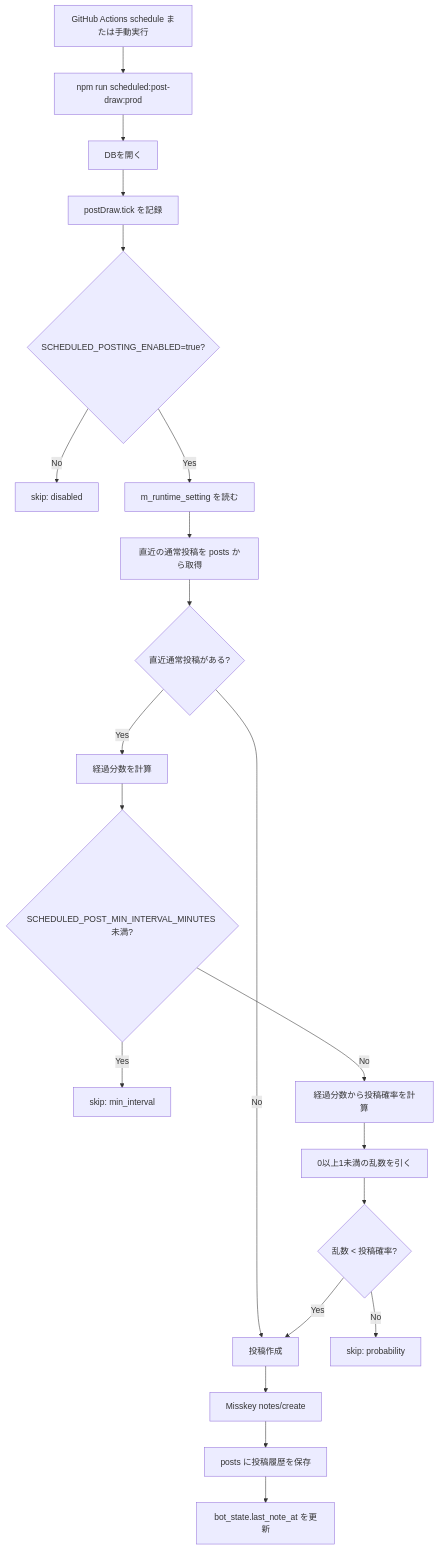
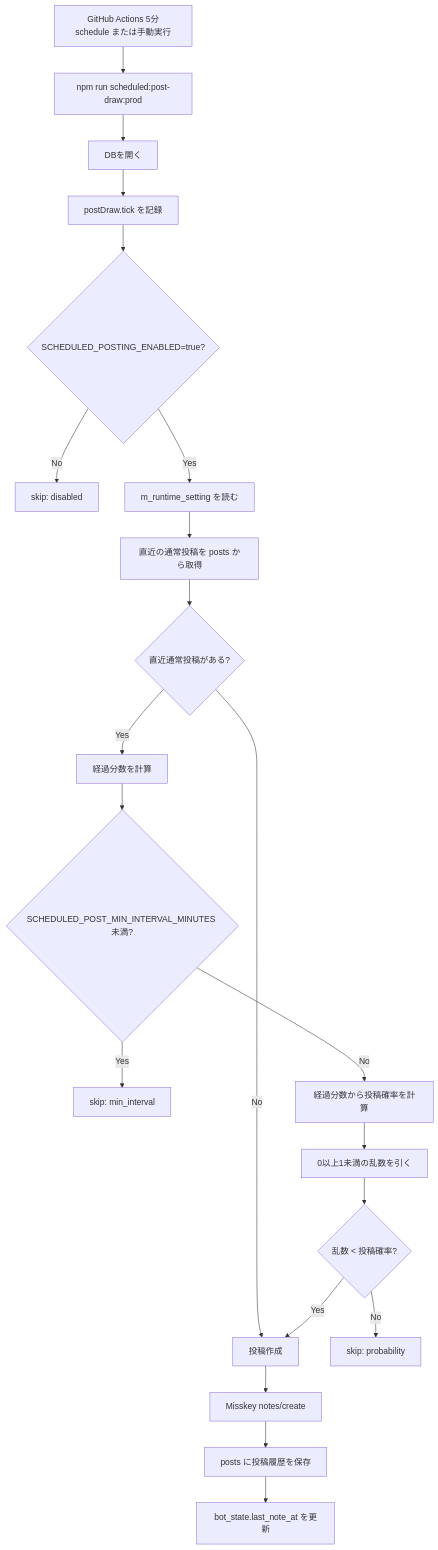
The first of 2 diagrams in docs/spec/posting-runtime-rules.md (rohto4/io-bot-soul), drawn with Mermaid before and after one commit. The commit also changed other lines of this file and 6 other files, not shown here.

Commit message:
Run scheduled post draw every five minutes

````diff
--- a/docs/spec/posting-runtime-rules.md
+++ b/docs/spec/posting-runtime-rules.md
@@ -15,23 +17,23 @@
 ```mermaid
 flowchart TD
-  A[GitHub Actions schedule または手動実行] --> B[npm run scheduled:post-draw:prod]
+  A[GitHub Actions 5分schedule または手動実行] --> B[npm run scheduled:post-draw:prod]
   B --> C[DBを開く]
   C --> D[postDraw.tick を記録]
   D --> E{SCHEDULED_POSTING_ENABLED=true?}
   E -- No --> Z1[skip: disabled]
   E -- Yes --> F[m_runtime_setting を読む]
   F --> G[直近の通常投稿を posts から取得]
   G --> H{直近通常投稿がある?}
   H -- No --> P[投稿作成]
   H -- Yes --> I[経過分数を計算]
   I --> J{SCHEDULED_POST_MIN_INTERVAL_MINUTES 未満?}
   J -- Yes --> Z2[skip: min_interval]
   J -- No --> K[経過分数から投稿確率を計算]
   K --> L[0以上1未満の乱数を引く]
   L --> M{乱数 < 投稿確率?}
   M -- No --> Z3[skip: probability]
   M -- Yes --> P[投稿作成]
   P --> Q[Misskey notes/create]
   Q --> R[posts に投稿履歴を保存]
   R --> S[bot_state.last_note_at を更新]
 ```
````
